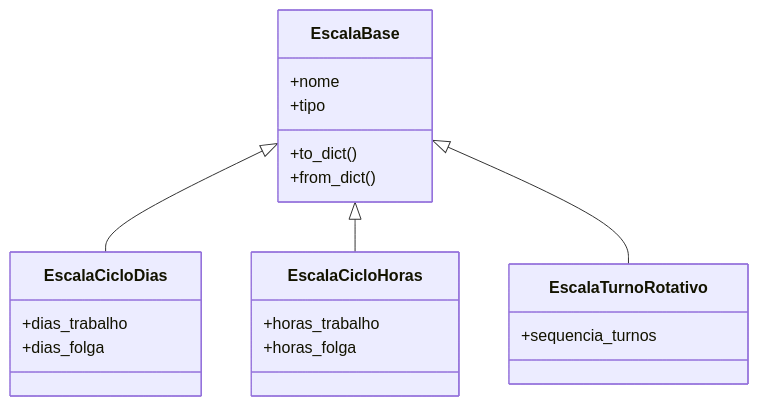
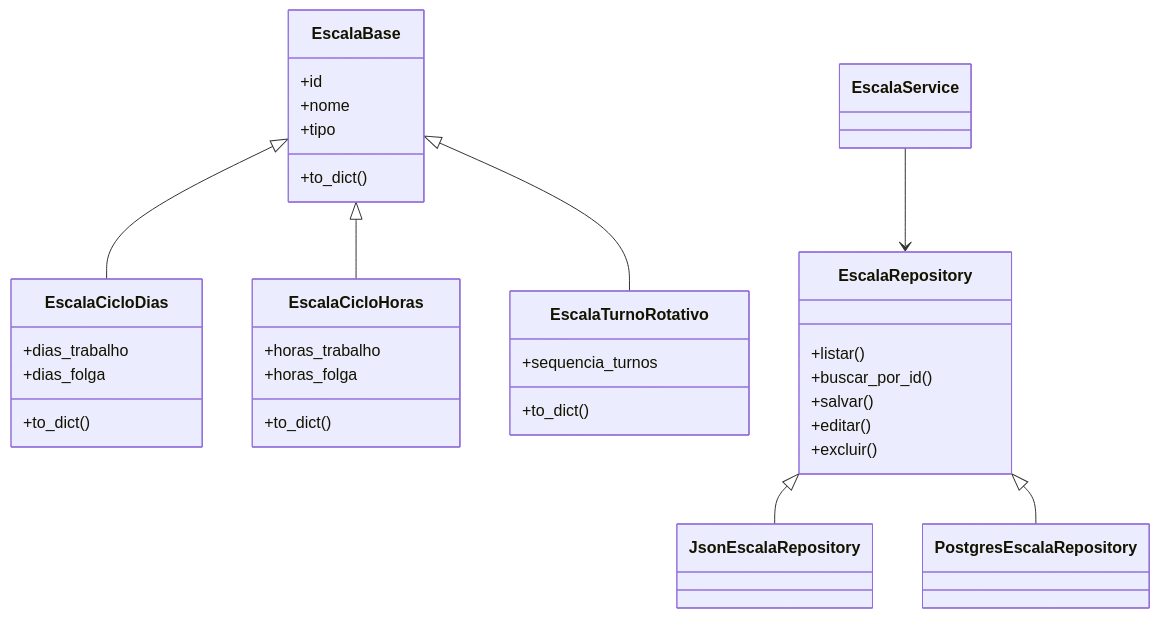
One commit to Dinox75/simulador-escala-trabalho changed the third of 4 diagrams in README.md. Above: the diagram before and after it, drawn with Mermaid. The commit also changed other lines of this file and 2 other files, not shown here.

````diff
--- a/README.md
+++ b/README.md
@@ -405,27 +455,45 @@
 ```mermaid
 classDiagram
     class EscalaBase {
+        +id
         +nome
         +tipo
         +to_dict()
-        +from_dict()
     }
 
     class EscalaCicloDias {
         +dias_trabalho
         +dias_folga
+        +to_dict()
     }
 
     class EscalaCicloHoras {
         +horas_trabalho
         +horas_folga
+        +to_dict()
     }
 
     class EscalaTurnoRotativo {
         +sequencia_turnos
+        +to_dict()
     }
+
+    class EscalaRepository {
+        +listar()
+        +buscar_por_id()
+        +salvar()
+        +editar()
+        +excluir()
+    }
+
+    class JsonEscalaRepository
+    class PostgresEscalaRepository
+    class EscalaService
 
     EscalaBase <|-- EscalaCicloDias
     EscalaBase <|-- EscalaCicloHoras
     EscalaBase <|-- EscalaTurnoRotativo
+    EscalaRepository <|-- JsonEscalaRepository
+    EscalaRepository <|-- PostgresEscalaRepository
+    EscalaService --> EscalaRepository
 ```
````
